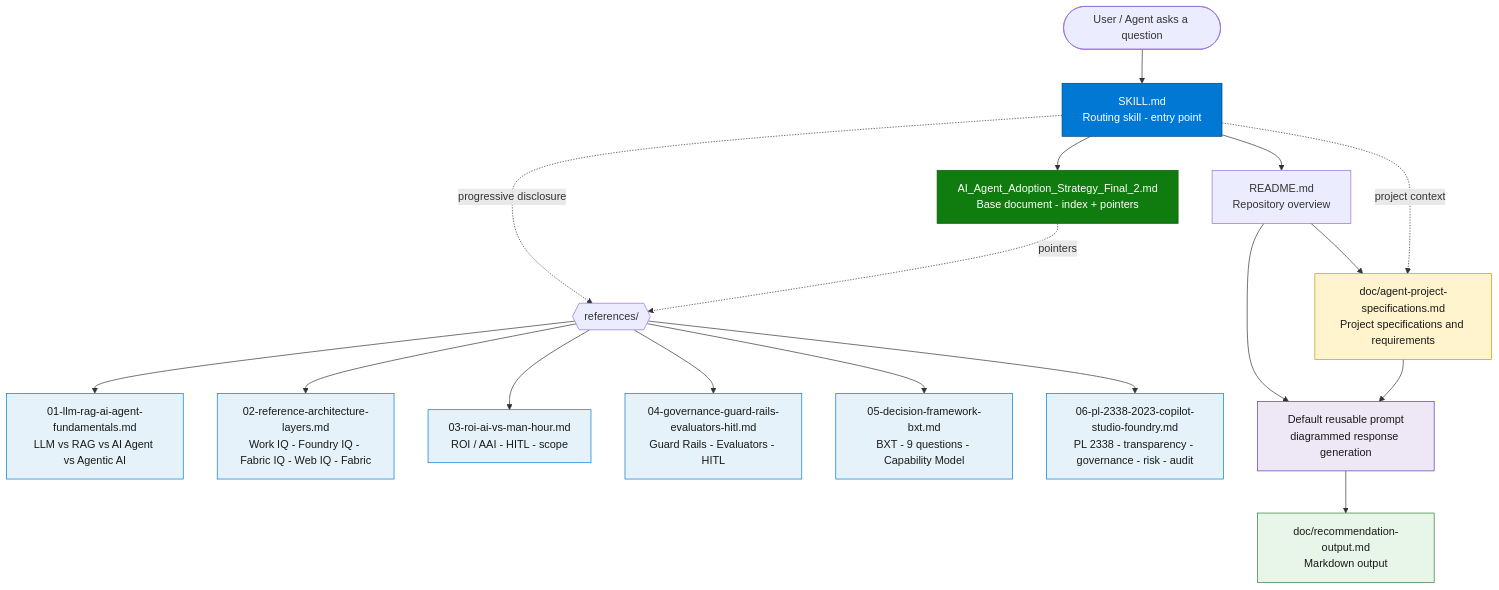
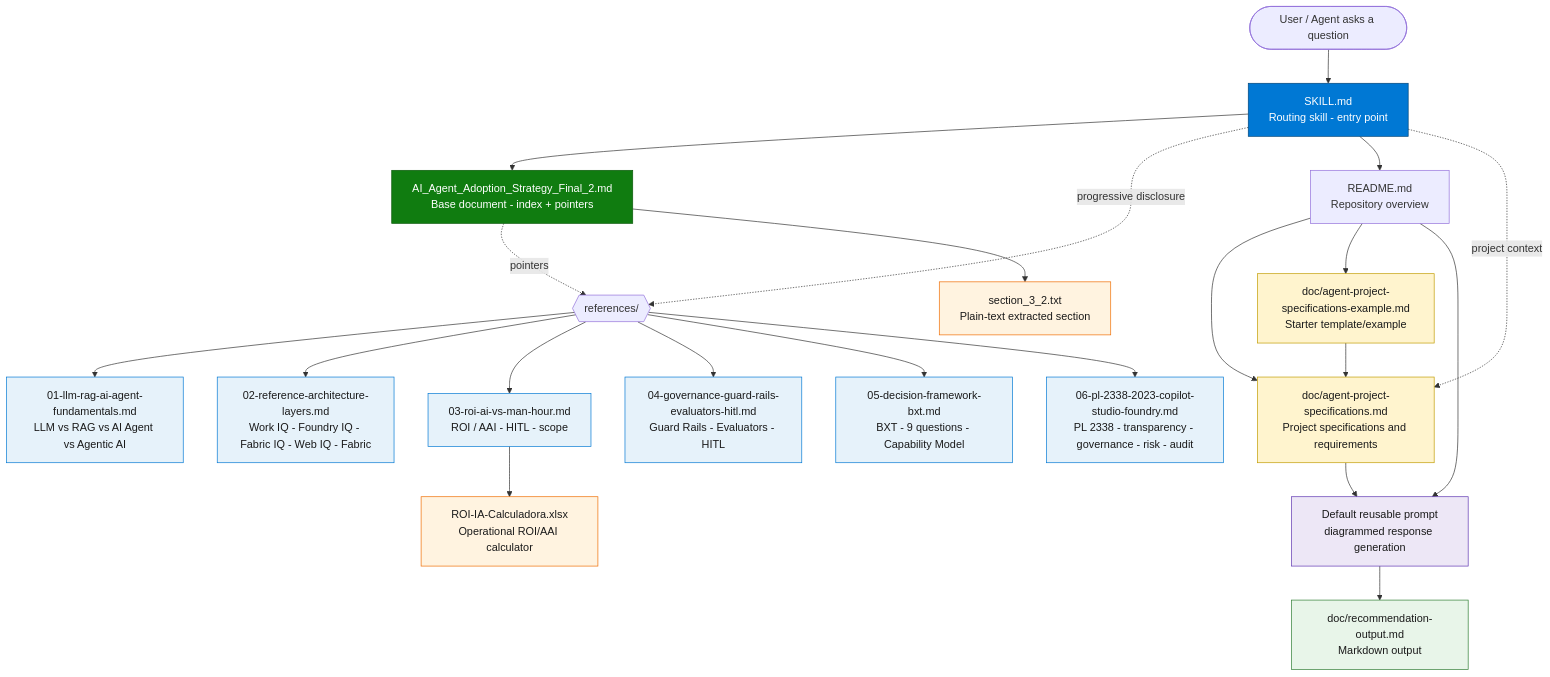
One commit to fabioharams/hubsp-ai-skill changed the first of 2 diagrams in README.md. Above: the diagram before and after it, drawn with Mermaid. The commit also changed other lines of this file, not shown here.

Commit message:
explain about all files

````diff
--- a/README.md
+++ b/README.md
@@ -36,35 +40,41 @@
 ```mermaid
 graph TD
     USER([User / Agent asks a question]) --> SKILL[SKILL.md<br/>Routing skill - entry point]
     SKILL --> CANON[AI_Agent_Adoption_Strategy_Final_2.md<br/>Base document - index + pointers]
 
     SKILL -. progressive disclosure .-> REF{{references/}}
     CANON -. pointers .-> REF
 
       REF --> R1[01-llm-rag-ai-agent-fundamentals.md<br/>LLM vs RAG vs AI Agent vs Agentic AI]
       REF --> R2[02-reference-architecture-layers.md<br/>Work IQ - Foundry IQ - Fabric IQ - Web IQ - Fabric]
       REF --> R3[03-roi-ai-vs-man-hour.md<br/>ROI / AAI - HITL - scope]
       REF --> R4[04-governance-guard-rails-evaluators-hitl.md<br/>Guard Rails - Evaluators - HITL]
       REF --> R5[05-decision-framework-bxt.md<br/>BXT - 9 questions - Capability Model]
       REF --> R6[06-pl-2338-2023-copilot-studio-foundry.md<br/>PL 2338 - transparency - governance - risk - audit]
 
     SKILL --> README[README.md<br/>Repository overview]
    README --> DOC[doc/agent-project-specifications.md<br/>Project specifications and requirements]
+   README --> DOCEX[doc/agent-project-specifications-example.md<br/>Starter template/example]
    SKILL -. project context .-> DOC
+   DOCEX --> DOC
    README --> PROMPT[Default reusable prompt<br/>diagrammed response generation]
    DOC --> PROMPT
    PROMPT --> OUTMD[doc/recommendation-output.md<br/>Markdown output]
+   R3 --> XLSX[ROI-IA-Calculadora.xlsx<br/>Operational ROI/AAI calculator]
+   CANON --> TXT[section_3_2.txt<br/>Plain-text extracted section]
 
     classDef entry fill:#0078D4,stroke:#004578,color:#fff;
     classDef canon fill:#107C10,stroke:#0B5A0B,color:#fff;
     classDef ref fill:#E6F2FA,stroke:#0078D4,color:#1a1a1a;
    classDef doc fill:#FFF4CE,stroke:#C19C00,color:#1a1a1a;
    classDef prompt fill:#EDE7F6,stroke:#5E35B1,color:#1a1a1a;
    classDef output fill:#E8F5E9,stroke:#2E7D32,color:#1a1a1a;
+   classDef artifact fill:#FFF3E0,stroke:#EF6C00,color:#1a1a1a;
     class SKILL entry;
     class CANON canon;
    class R1,R2,R3,R4,R5,R6 ref;
-   class DOC doc;
+   class DOC,DOCEX doc;
    class PROMPT prompt;
    class OUTMD output;
+   class XLSX,TXT artifact;
 ```
````
